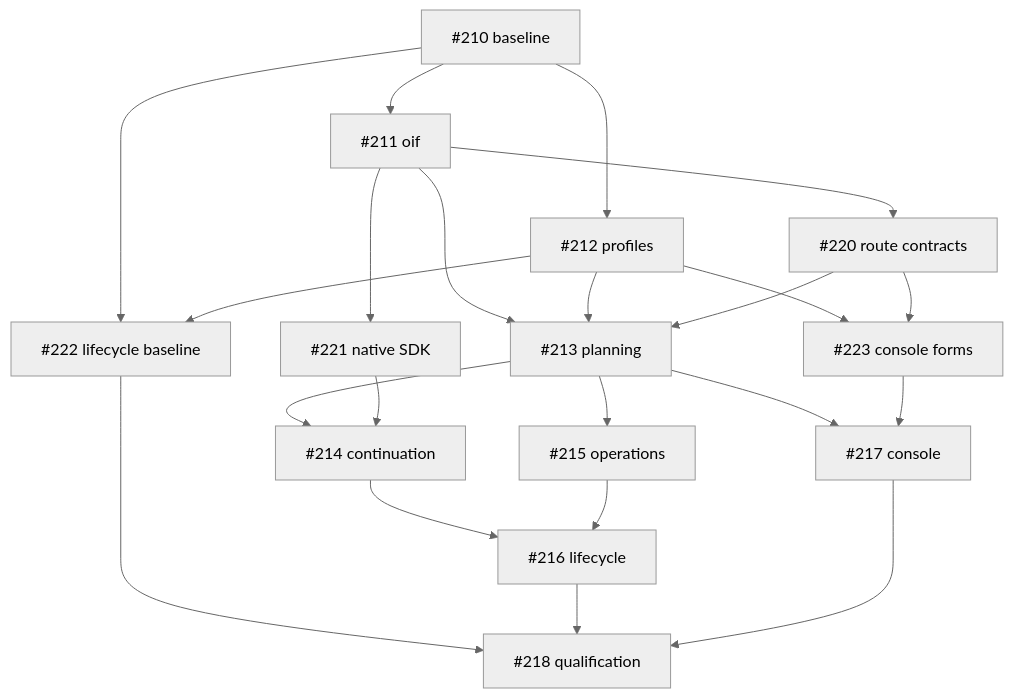
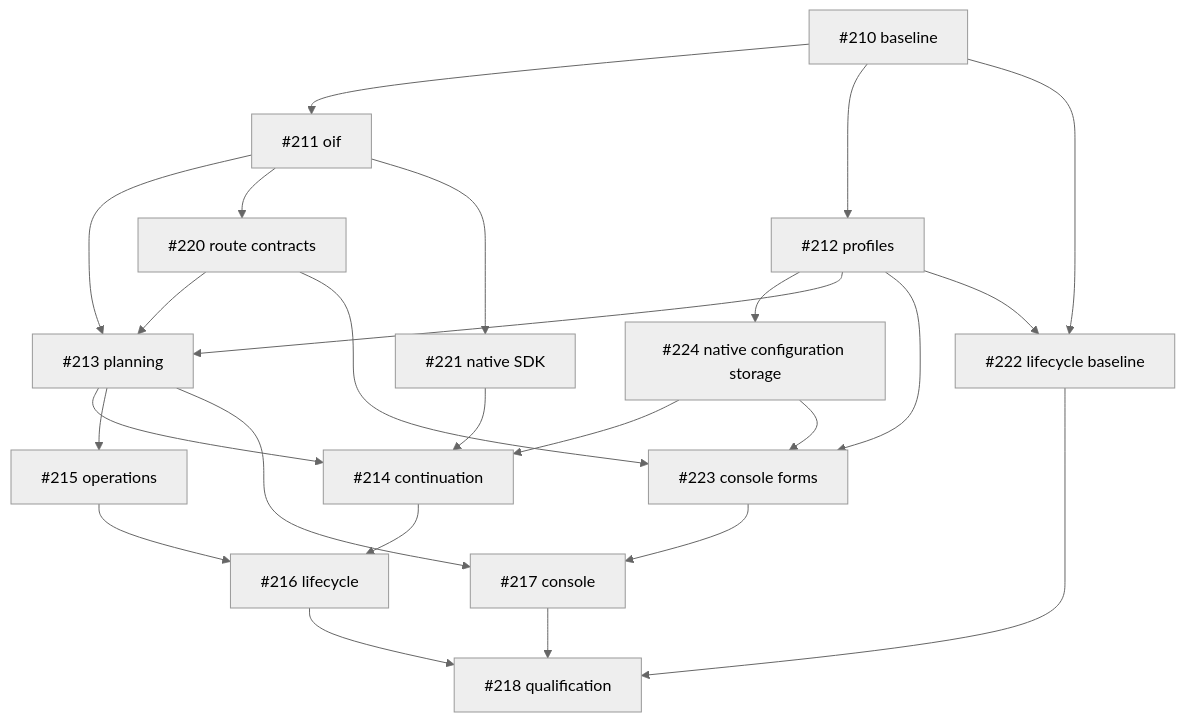
Before and after one commit to tyk-swe/olp: the diagram in docs/implementation/oif.md, drawn with Mermaid (neutral theme). The commit also changed other lines of this file, not shown here.

````diff
--- a/docs/implementation/oif.md
+++ b/docs/implementation/oif.md
@@ -7,37 +7,41 @@
 ```mermaid
 graph TD
   baseline["#210 baseline"]
   oif["#211 oif"]
   baseline --> oif
   profiles["#212 profiles"]
   baseline --> profiles
+  native_config_storage["#224 native configuration storage"]
+  profiles --> native_config_storage
   planning["#213 planning"]
   oif --> planning
   profiles --> planning
   route_contracts["#220 route contracts"]
   oif --> route_contracts
   route_contracts --> planning
   continuation["#214 continuation"]
   planning --> continuation
   native_sdk["#221 native SDK"]
   oif --> native_sdk
   native_sdk --> continuation
+  native_config_storage --> continuation
   operations["#215 operations"]
   planning --> operations
   lifecycle["#216 lifecycle"]
   continuation --> lifecycle
   operations --> lifecycle
   console["#217 console"]
   planning --> console
   console_forms["#223 console forms"]
   profiles --> console_forms
   route_contracts --> console_forms
+  native_config_storage --> console_forms
   console_forms --> console
   qualification["#218 qualification"]
   lifecycle_baseline["#222 lifecycle baseline"]
   baseline --> lifecycle_baseline
   profiles --> lifecycle_baseline
   lifecycle_baseline --> qualification
   lifecycle --> qualification
   console --> qualification
 ```
````
